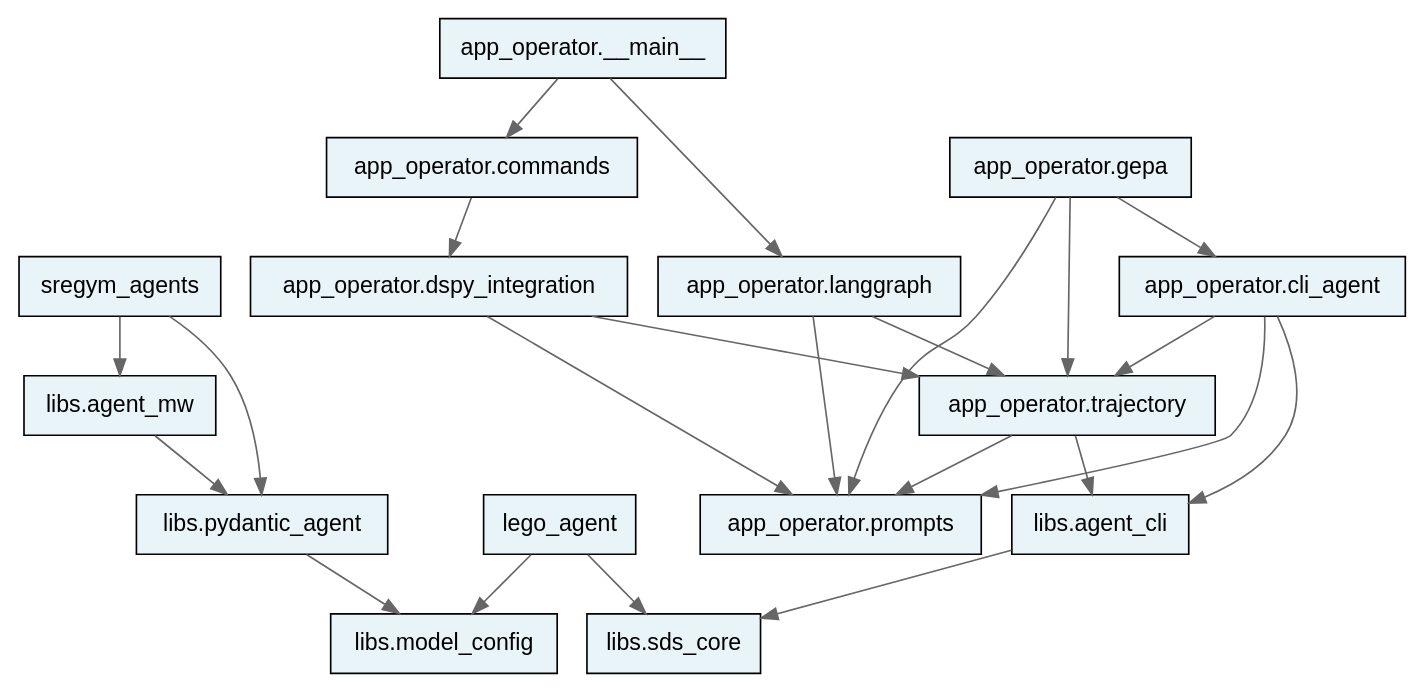
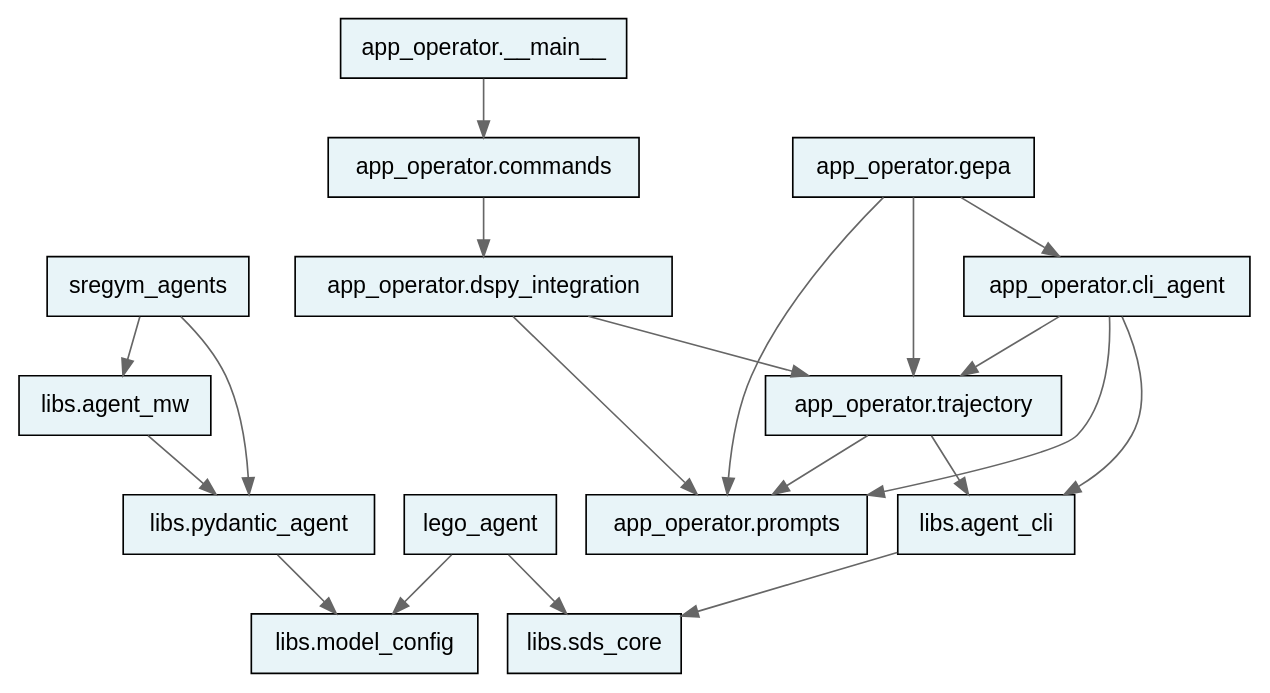
Before and after one commit to uw-syfi/sdo: the diagram in docs/assets/tach_module_graph.dot, drawn with Graphviz. The commit also changed 26 other files, not shown here.

First line of the commit message:
cleanup: remove langgraph runtime from app_operator

```diff
--- a/docs/assets/tach_module_graph.dot
+++ b/docs/assets/tach_module_graph.dot
@@ -1,28 +1,25 @@
 digraph tach_modules {
     rankdir=TB;
     node [shape=box, style=filled, fillcolor="#e8f4f8", fontname="Helvetica"];
     edge [color="#666666"];
 
     "libs.pydantic_agent" -> "libs.model_config";
     "libs.agent_mw" -> "libs.pydantic_agent";
     "libs.agent_cli" -> "libs.sds_core";
     "app_operator.trajectory" -> "app_operator.prompts";
     "app_operator.trajectory" -> "libs.agent_cli";
     "app_operator.dspy_integration" -> "app_operator.prompts";
     "app_operator.dspy_integration" -> "app_operator.trajectory";
     "app_operator.cli_agent" -> "app_operator.prompts";
     "app_operator.cli_agent" -> "app_operator.trajectory";
     "app_operator.cli_agent" -> "libs.agent_cli";
-    "app_operator.langgraph" -> "app_operator.prompts";
-    "app_operator.langgraph" -> "app_operator.trajectory";
     "app_operator.gepa" -> "app_operator.cli_agent";
     "app_operator.gepa" -> "app_operator.prompts";
     "app_operator.gepa" -> "app_operator.trajectory";
     "app_operator.commands" -> "app_operator.dspy_integration";
     "app_operator.__main__" -> "app_operator.commands";
-    "app_operator.__main__" -> "app_operator.langgraph";
     "lego_agent" -> "libs.model_config";
     "lego_agent" -> "libs.sds_core";
     "sregym_agents" -> "libs.pydantic_agent";
     "sregym_agents" -> "libs.agent_mw";
 }
```
